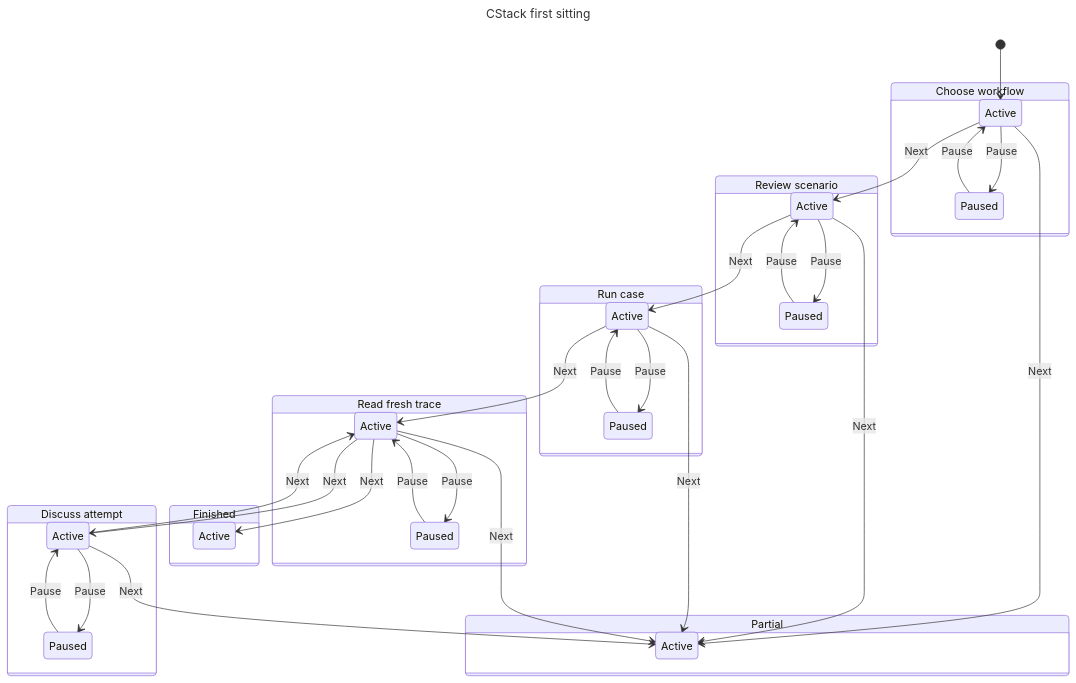
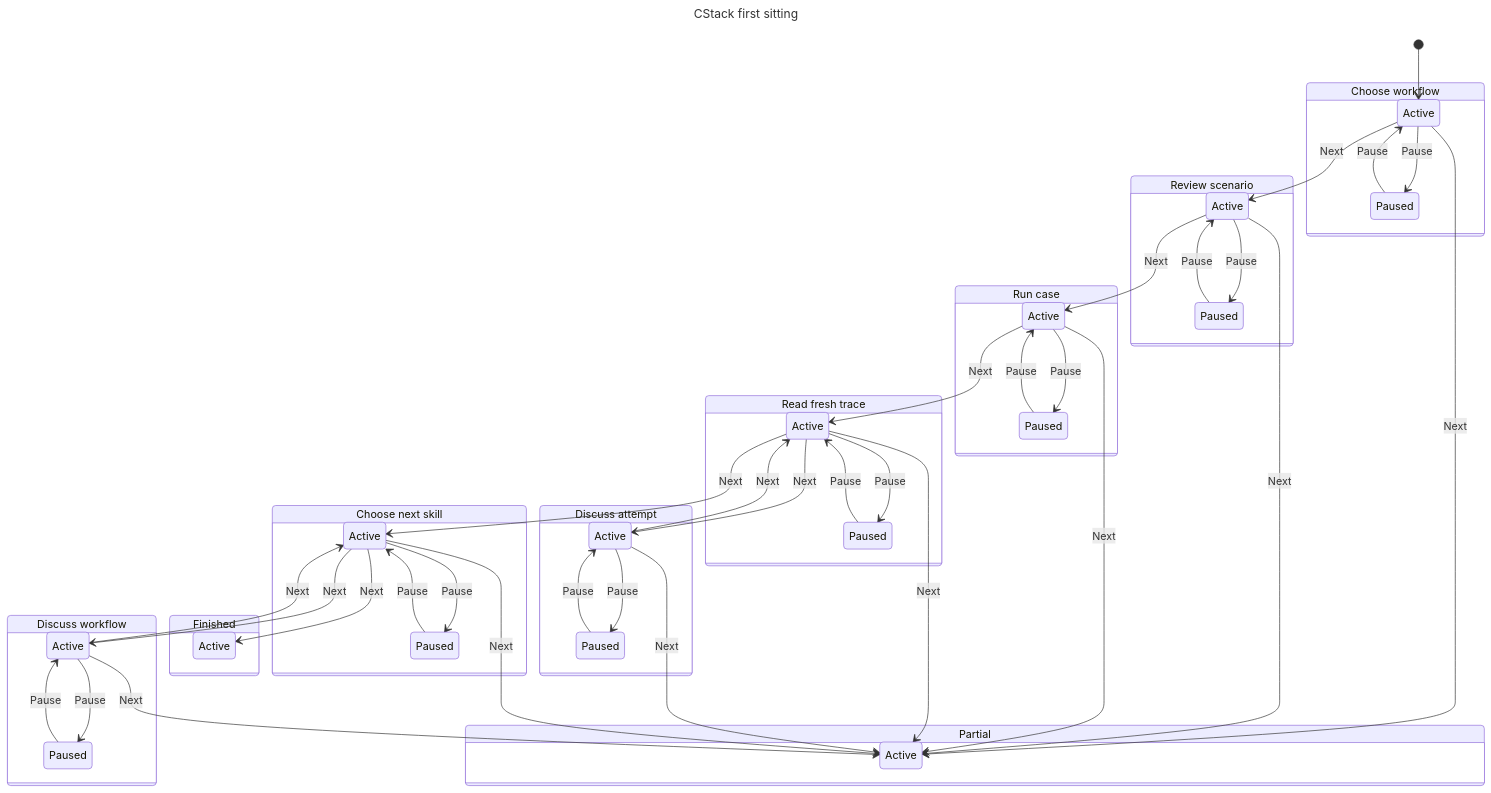
One commit to theclaymethod/cstack changed the diagram in evals/tutor/statechart/chart.mmd. Above: the diagram before and after it, drawn with Mermaid. The commit also changed 5 other files, not shown here.

```diff
--- a/evals/tutor/statechart/chart.mmd
+++ b/evals/tutor/statechart/chart.mmd
@@ -1,52 +1,69 @@
 ---
 title: "CStack first sitting"
 ---
 stateDiagram-v2
   state "Choose workflow" as s0 {
     s1: Active
     s2: Paused
   }
   state "Review scenario" as s3 {
     s4: Active
     s5: Paused
   }
   state "Partial" as s6 {
     s7: Active
   }
   state "Run case" as s8 {
     s9: Active
     s10: Paused
   }
   state "Read fresh trace" as s11 {
     s12: Active
     s13: Paused
   }
   state "Discuss attempt" as s14 {
     s15: Active
     s16: Paused
   }
-  state "Finished" as s17 {
+  state "Choose next skill" as s17 {
     s18: Active
+    s19: Paused
+  }
+  state "Discuss workflow" as s20 {
+    s21: Active
+    s22: Paused
+  }
+  state "Finished" as s23 {
+    s24: Active
   }
   [*] --> s1
   s1 --> s4: Next
   s1 --> s7: Next
   s1 --> s2: Pause
   s4 --> s7: Next
   s4 --> s9: Next
   s4 --> s5: Pause
   s2 --> s1: Pause
   s9 --> s7: Next
   s9 --> s10: Pause
   s9 --> s12: Next
   s5 --> s4: Pause
   s10 --> s9: Pause
   s12 --> s15: Next
   s12 --> s7: Next
   s12 --> s18: Next
   s12 --> s13: Pause
   s15 --> s12: Next
   s15 --> s7: Next
   s15 --> s16: Pause
+  s18 --> s21: Next
+  s18 --> s24: Next
+  s18 --> s7: Next
+  s18 --> s19: Pause
   s13 --> s12: Pause
+  s21 --> s18: Next
+  s21 --> s7: Next
+  s21 --> s22: Pause
   s16 --> s15: Pause
+  s19 --> s18: Pause
+  s22 --> s21: Pause
```
